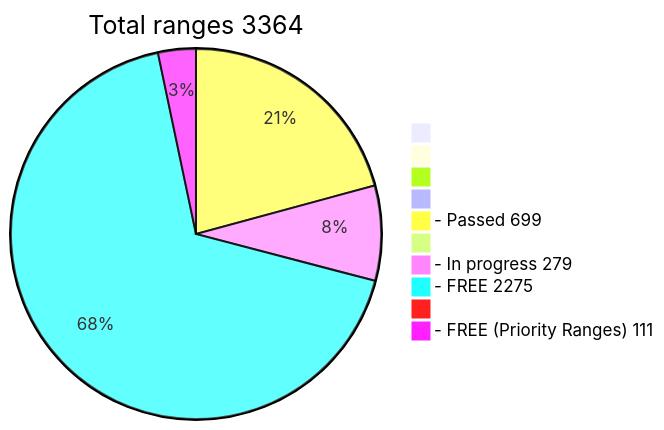
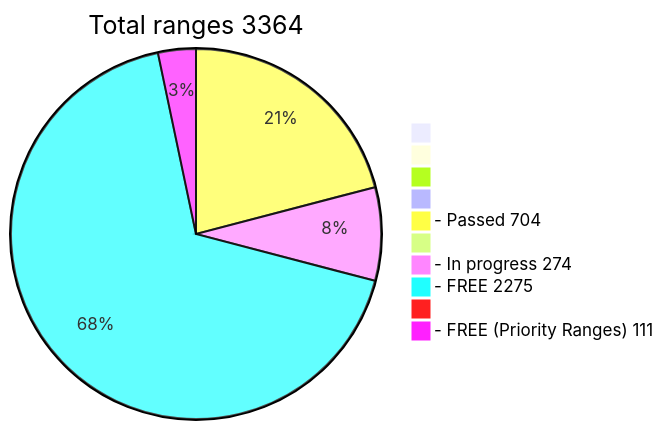
Before and after one commit to phrutis/wif500: the diagram in README.md, drawn with Mermaid.

````diff
--- a/README.md
+++ b/README.md
@@ -16,13 +16,13 @@
 ```mermaid
 pie title Total ranges 3364
              " " : 0
             "  " : 0
            "   " : 0
           "    " : 0
-  "- Passed 699" : 699
+  "- Passed 704" : 704
          "     " : 0
-  "- In progress 279" : 279
+  "- In progress 274" : 274
    "- FREE 2275" : 2275
         "      " : 0
   "- FREE (Priority Ranges) 111" : 111
 ```
````
